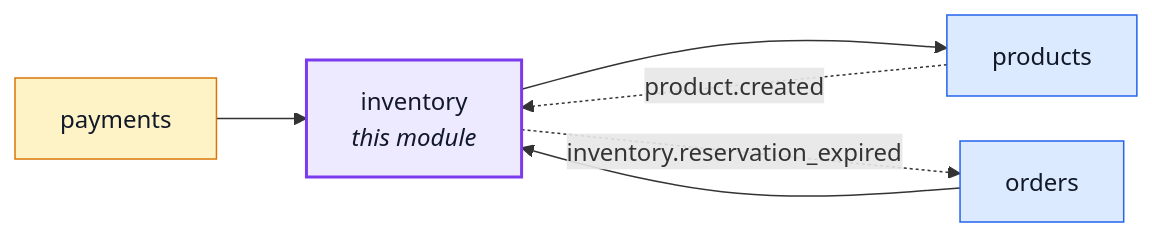
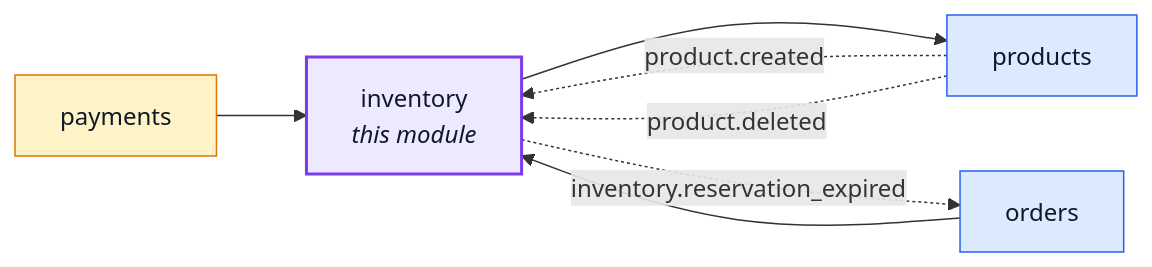
The first of 2 diagrams in docs/modules/inventory.md (Guebbit/boilerplate-node-backend), drawn with Mermaid before and after one commit. The commit also changed 10 other files, not shown here.

````diff
--- a/docs/modules/inventory.md
+++ b/docs/modules/inventory.md
@@ -16,22 +16,23 @@
 ```mermaid
 %%{init: {'flowchart': {'nodeSpacing': 30, 'rankSpacing': 60}}}%%
 flowchart LR
     inventory["inventory<br/><i>this module</i>"]
     orders["orders"]
     payments["payments"]
     products["products"]
 
     orders --> inventory
     payments --> inventory
     inventory --> products
     products -. "product.created" .-> inventory
+    products -. "product.deleted" .-> inventory
     inventory -. "inventory.reservation_expired" .-> orders
 
     classDef core fill:#dbeafe,stroke:#2563eb,color:#111827;
     classDef supporting fill:#fef3c7,stroke:#d97706,color:#111827;
     classDef generic fill:#dcfce7,stroke:#16a34a,color:#111827;
     classDef centre fill:#ede9fe,stroke:#7c3aed,stroke-width:2px,color:#111827;
     class orders,products core;
     class payments supporting;
     class inventory centre;
 ```
````
